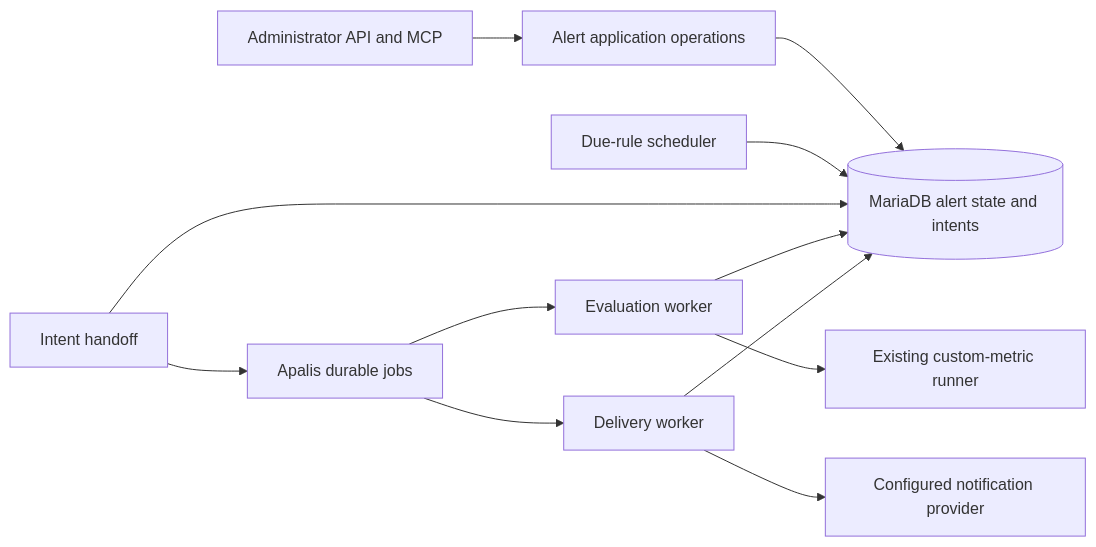
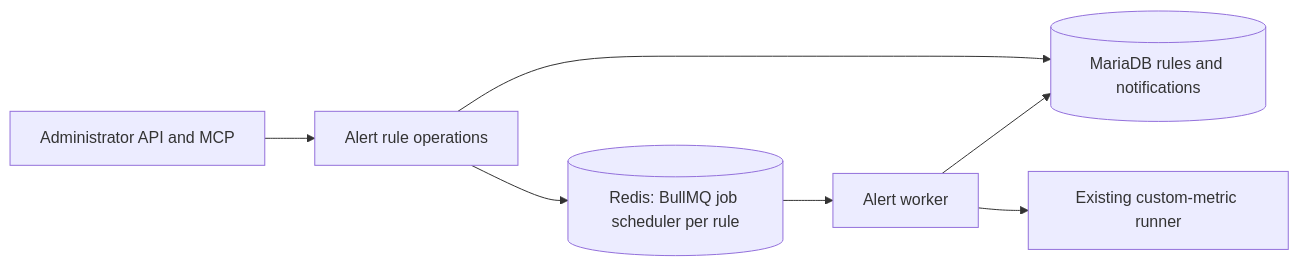
The first of 2 diagrams in docs/domain/insight-v3/specs/alerts/DESIGN.md (constructorfabric/insight), drawn with Mermaid before and after one commit. The commit also changed other lines of this file and 3 other files, not shown here.

Commit message:
docs(insight-v3): choose BullMQ for alert checks and resolve the alert decisions

````diff
--- a/docs/domain/insight-v3/specs/alerts/DESIGN.md
+++ b/docs/domain/insight-v3/specs/alerts/DESIGN.md
@@ -89,14 +84,9 @@
 ```mermaid
 flowchart LR
-    API[Administrator API and MCP] --> Domain[Alert application operations]
-    Domain --> State[(MariaDB alert state and intents)]
-    Scheduler[Due-rule scheduler] --> State
-    Handoff[Intent handoff] --> State
-    Handoff --> Jobs[Apalis durable jobs]
-    Jobs --> Evaluation[Evaluation worker]
-    Evaluation --> Metric[Existing custom-metric runner]
-    Evaluation --> State
-    Jobs --> Delivery[Delivery worker]
-    Delivery --> State
-    Delivery --> Provider[Configured notification provider]
+    API[Administrator API and MCP] --> Rules[Alert rule operations]
+    Rules --> Store[(MariaDB rules and notifications)]
+    Rules --> Schedule[(Redis: BullMQ job scheduler per rule)]
+    Schedule --> Worker[Alert worker]
+    Worker --> Metric[Existing custom-metric runner]
+    Worker --> Store
 ```
````
